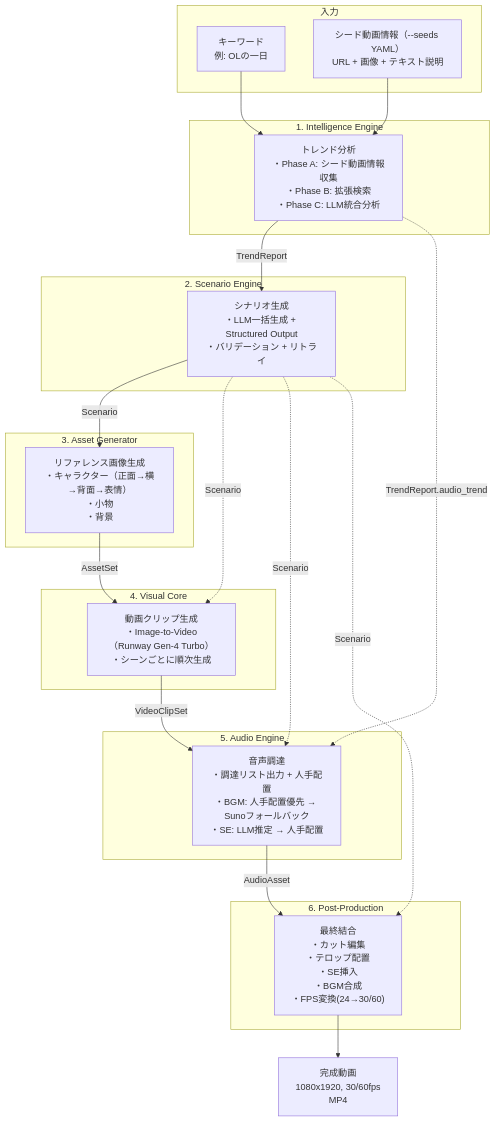
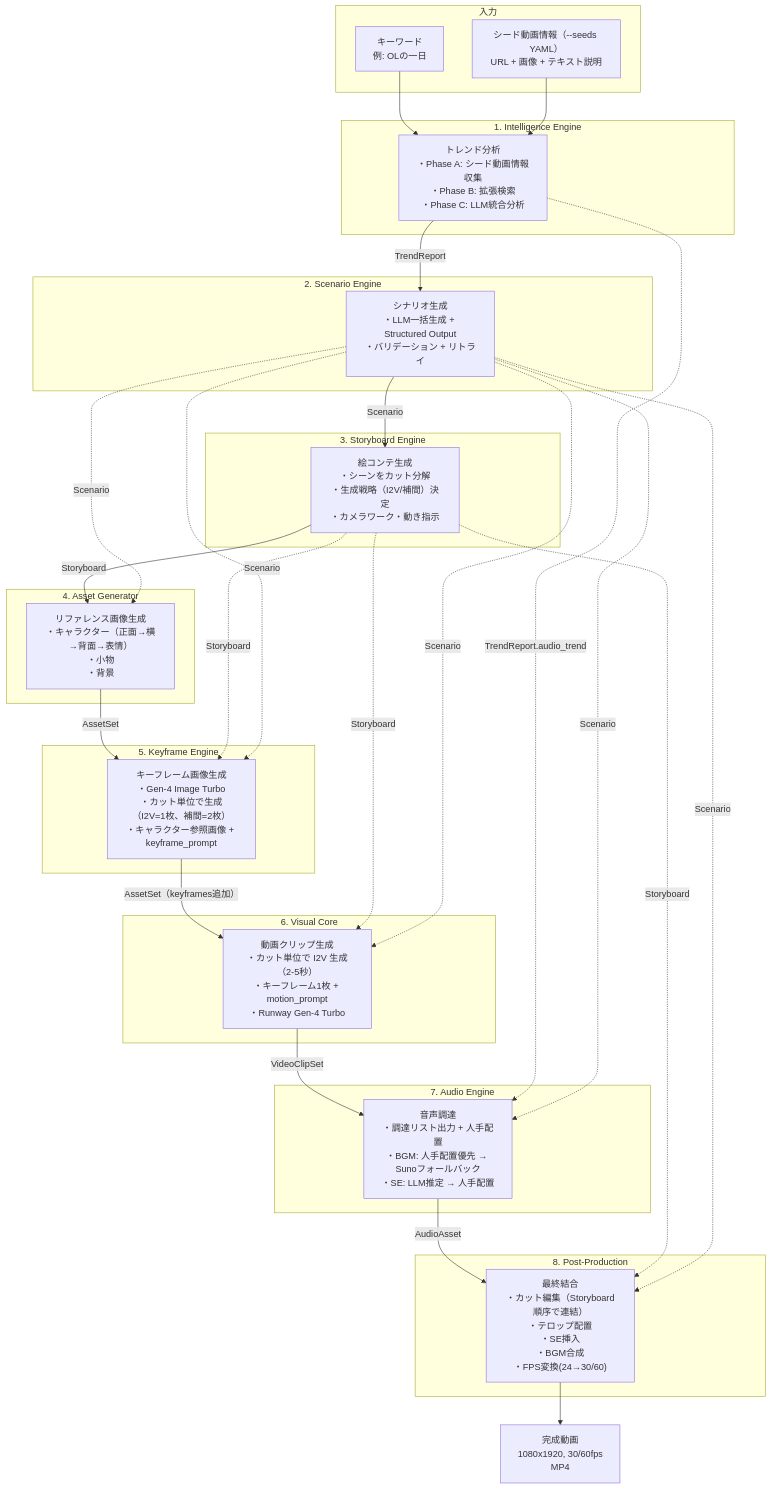
The first of 2 diagrams in daily_routine/docs/designs/t1_overall_flow.md (yamaguchi-milkcocholate/weekly_dev), drawn with Mermaid before and after one commit. The commit also changed other lines of this file and 12 other files, not shown here.

````diff
--- a/daily_routine/docs/designs/t1_overall_flow.md
+++ b/daily_routine/docs/designs/t1_overall_flow.md
@@ -29,45 +33,60 @@
 ```mermaid
 flowchart TD
     subgraph "入力"
         KW["キーワード<br/>例: OLの一日"]
         SEED["シード動画情報（--seeds YAML）<br/>URL + 画像 + テキスト説明"]
     end
 
     subgraph "1. Intelligence Engine"
         IE["トレンド分析<br/>・Phase A: シード動画情報収集<br/>・Phase B: 拡張検索<br/>・Phase C: LLM統合分析"]
     end
 
     subgraph "2. Scenario Engine"
         SE["シナリオ生成<br/>・LLM一括生成 + Structured Output<br/>・バリデーション + リトライ"]
     end
 
-    subgraph "3. Asset Generator"
+    subgraph "3. Storyboard Engine"
+        SB["絵コンテ生成<br/>・シーンをカット分解<br/>・生成戦略（I2V/補間）決定<br/>・カメラワーク・動き指示"]
+    end
+
+    subgraph "4. Asset Generator"
         AG["リファレンス画像生成<br/>・キャラクター（正面→横→背面→表情）<br/>・小物<br/>・背景"]
     end
 
-    subgraph "4. Visual Core"
-        VC["動画クリップ生成<br/>・Image-to-Video（Runway Gen-4 Turbo）<br/>・シーンごとに順次生成"]
+    subgraph "5. Keyframe Engine"
+        KE["キーフレーム画像生成<br/>・Gen-4 Image Turbo<br/>・カット単位で生成（I2V=1枚、補間=2枚）<br/>・キャラクター参照画像 + keyframe_prompt"]
     end
 
-    subgraph "5. Audio Engine"
+    subgraph "6. Visual Core"
+        VC["動画クリップ生成<br/>・カット単位で I2V 生成（2-5秒）<br/>・キーフレーム1枚 + motion_prompt<br/>・Runway Gen-4 Turbo"]
+    end
+
+    subgraph "7. Audio Engine"
         AE["音声調達<br/>・調達リスト出力 + 人手配置<br/>・BGM: 人手配置優先 → Sunoフォールバック<br/>・SE: LLM推定 → 人手配置"]
     end
 
-    subgraph "6. Post-Production"
-        PP["最終結合<br/>・カット編集<br/>・テロップ配置<br/>・SE挿入<br/>・BGM合成<br/>・FPS変換(24→30/60)"]
+    subgraph "8. Post-Production"
+        PP["最終結合<br/>・カット編集（Storyboard順序で連結）<br/>・テロップ配置<br/>・SE挿入<br/>・BGM合成<br/>・FPS変換(24→30/60)"]
     end
 
     KW & SEED --> IE
     IE -->|"TrendReport"| SE
-    SE -->|"Scenario"| AG
-    AG -->|"AssetSet"| VC
+    SE -->|"Scenario"| SB
+    SB -->|"Storyboard"| AG
+    SE -.->|"Scenario"| AG
+    AG -->|"AssetSet"| KE
+    SB -.->|"Storyboard"| KE
+    SE -.->|"Scenario"| KE
+    KE -->|"AssetSet（keyframes追加）"| VC
+    SB -.->|"Storyboard"| VC
+    SE -.->|"Scenario"| VC
     VC -->|"VideoClipSet"| AE
     AE -->|"AudioAsset"| PP
     PP --> OUT["完成動画<br/>1080x1920, 30/60fps<br/>MP4"]
 
     %% 非直列の参照（過去ステップの出力を参照）
-    SE -.->|"Scenario"| VC
     IE -.->|"TrendReport.audio_trend"| AE
     SE -.->|"Scenario"| AE
+    SB -.->|"Storyboard"| PP
     SE -.->|"Scenario"| PP
 ```
````
